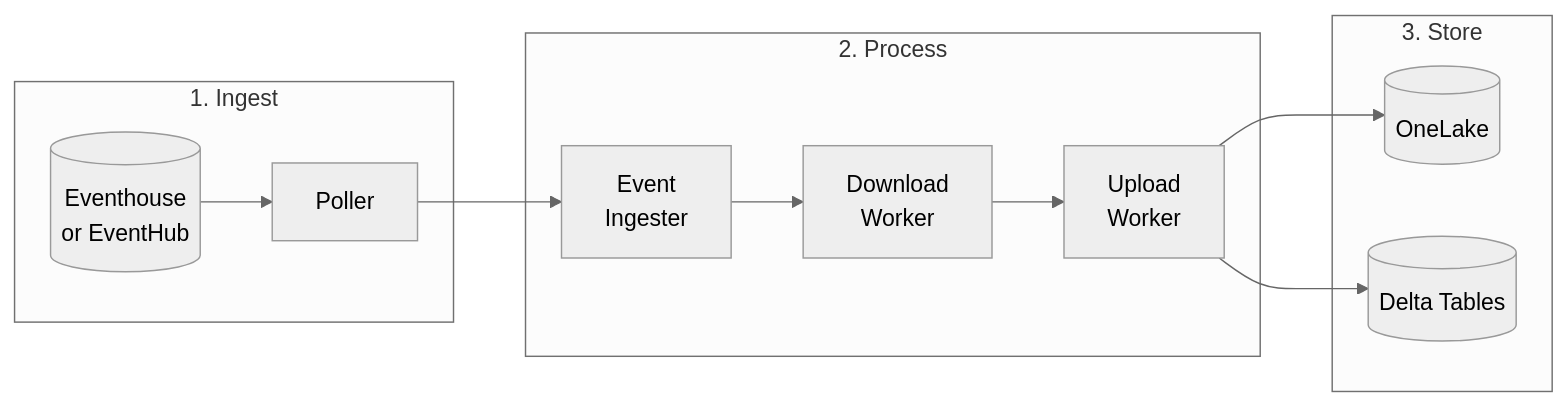
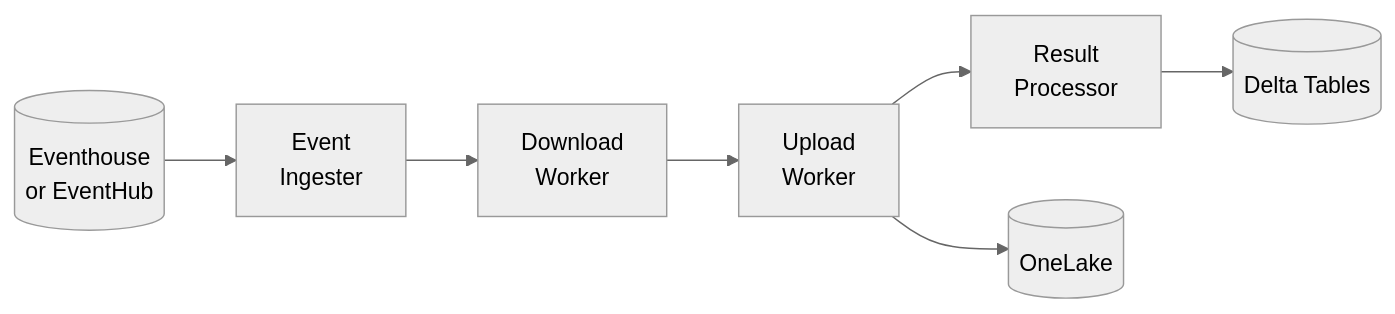
Before and after one commit to nd-smith/nsmkdvPipe: the first of 4 diagrams in docs/pipeline-overview.md, drawn with Mermaid (neutral theme). The commit also changed other lines of this file and 231 other files, not shown here.

````diff
--- a/docs/pipeline-overview.md
+++ b/docs/pipeline-overview.md
@@ -9,21 +14,14 @@
 ```mermaid
 flowchart LR
-    subgraph Ingest["1. Ingest"]
-        source[("Eventhouse<br/>or EventHub")]
-        poller["Poller"]
-    end
+    source[("Eventhouse<br/>or EventHub")]
+    ingester["Event<br/>Ingester"]
+    downloader["Download<br/>Worker"]
+    uploader["Upload<br/>Worker"]
+    processor["Result<br/>Processor"]
+    onelake[("OneLake")]
+    delta[("Delta Tables")]
 
-    subgraph Process["2. Process"]
-        ingester["Event<br/>Ingester"]
-        downloader["Download<br/>Worker"]
-        uploader["Upload<br/>Worker"]
-    end
-
-    subgraph Store["3. Store"]
-        onelake[("OneLake")]
-        delta[("Delta Tables")]
-    end
-
-    source --> poller --> ingester --> downloader --> uploader --> onelake
-    uploader --> delta
+    source --> ingester --> downloader --> uploader --> processor
+    uploader --> onelake
+    processor --> delta
 ```
````
